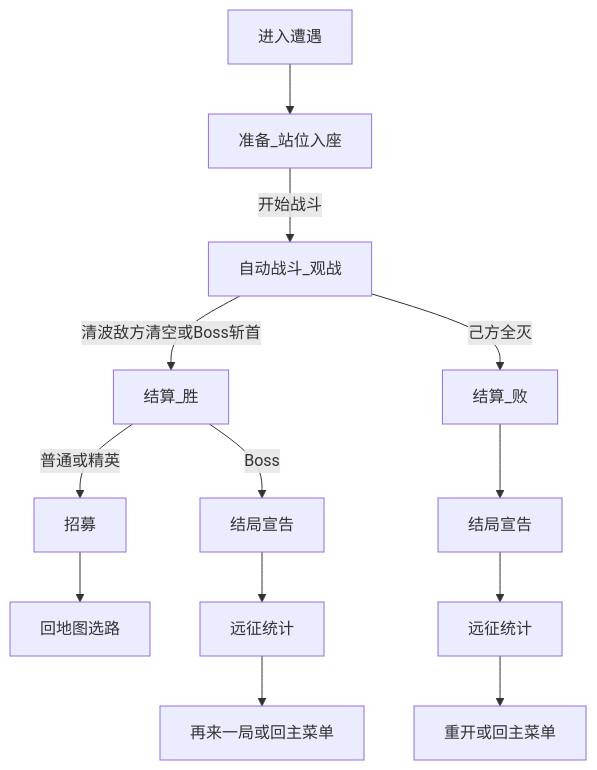
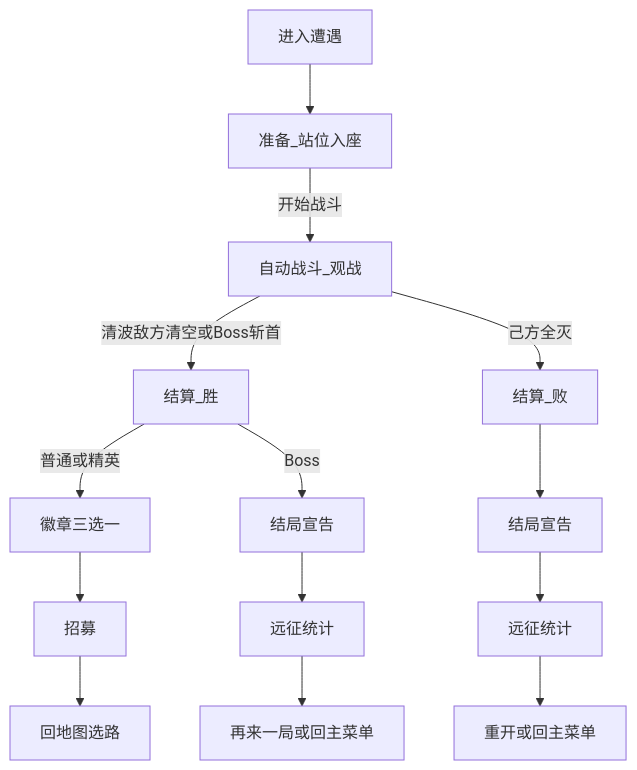
One commit to Kanerickyz/project-autochess changed the diagram in Documents/Features/COMBAT.md. Above: the diagram before and after it, drawn with Mermaid. The commit also changed other lines of this file and 7 other files, not shown here.

````diff
--- a/Documents/Features/COMBAT.md
+++ b/Documents/Features/COMBAT.md
@@ -92,10 +93,10 @@
 ```mermaid
 flowchart TD
   Enter[进入遭遇] --> Prep[准备_站位入座]
   Prep -->|开始战斗| Combat[自动战斗_观战]
   Combat -->|清波敌方清空或Boss斩首| WinResolve[结算_胜]
   Combat -->|己方全灭| LoseResolve[结算_败]
-  WinResolve -->|普通或精英| Recruit[招募] --> BackMap[回地图选路]
+  WinResolve -->|普通或精英| Badge[徽章三选一] --> Recruit[招募] --> BackMap[回地图选路]
   WinResolve -->|Boss| RunResult[结局宣告] --> RunStats[远征统计] --> RunWin[再来一局或回主菜单]
   LoseResolve --> RunLoseResult[结局宣告] --> RunLoseStats[远征统计] --> RunLose[重开或回主菜单]
 ```
````
